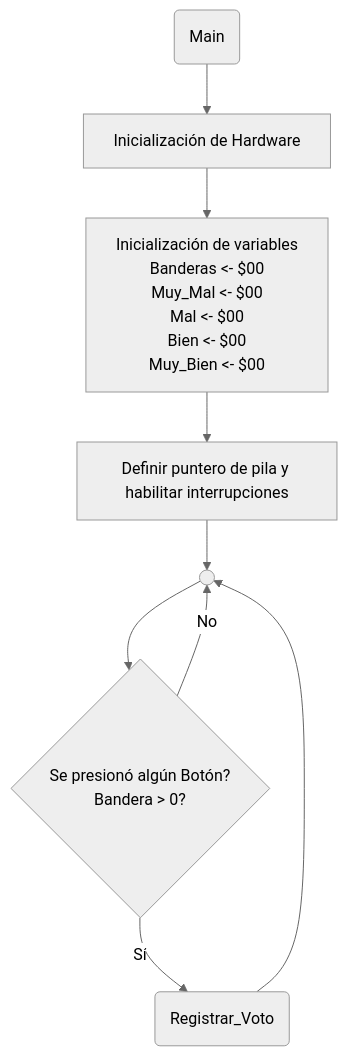
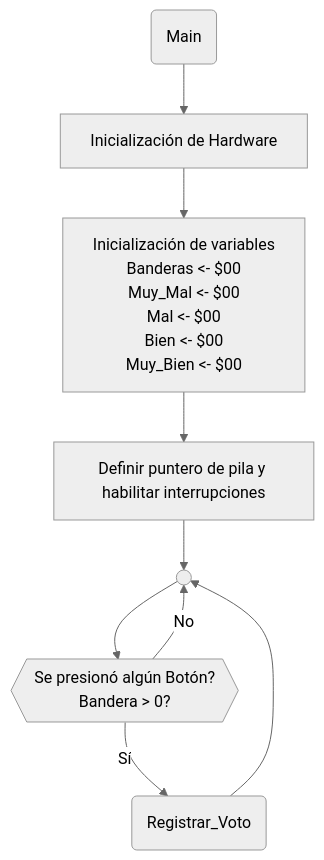
The diagram in main.md (fabianabarca/cajita), drawn with Mermaid (neutral theme) before and after one commit.

````diff
--- a/main.md
+++ b/main.md
@@ -3,11 +3,11 @@
 ```mermaid
 graph TD
     A(Main) -->B[Inicialización de Hardware]
     B --> C[Inicialización de variables <br /> Banderas <- $00 <br /> Muy_Mal <- $00 <br /> Mal <- $00 <br /> Bien <- $00 <br /> Muy_Bien <- $00]
     C -->D[Definir puntero de pila y habilitar interrupciones]
     D --> E(( ))
-    E --> F{Se presionó algún Botón? <br /> Bandera > 0?}
+    E --> F{{Se presionó algún Botón? <br /> Bandera > 0?}}
     F --> |No| E
     F --> |Sí| G(Registrar_Voto)
     G --> E
 ```
````
